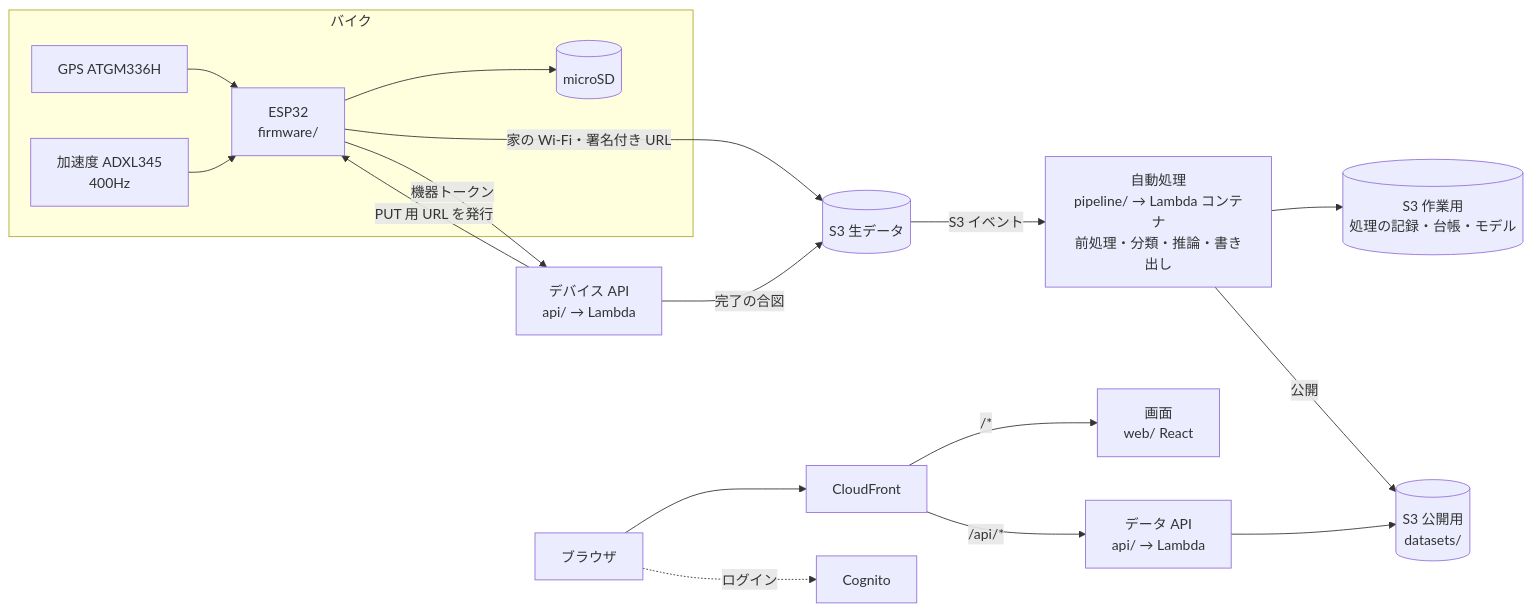
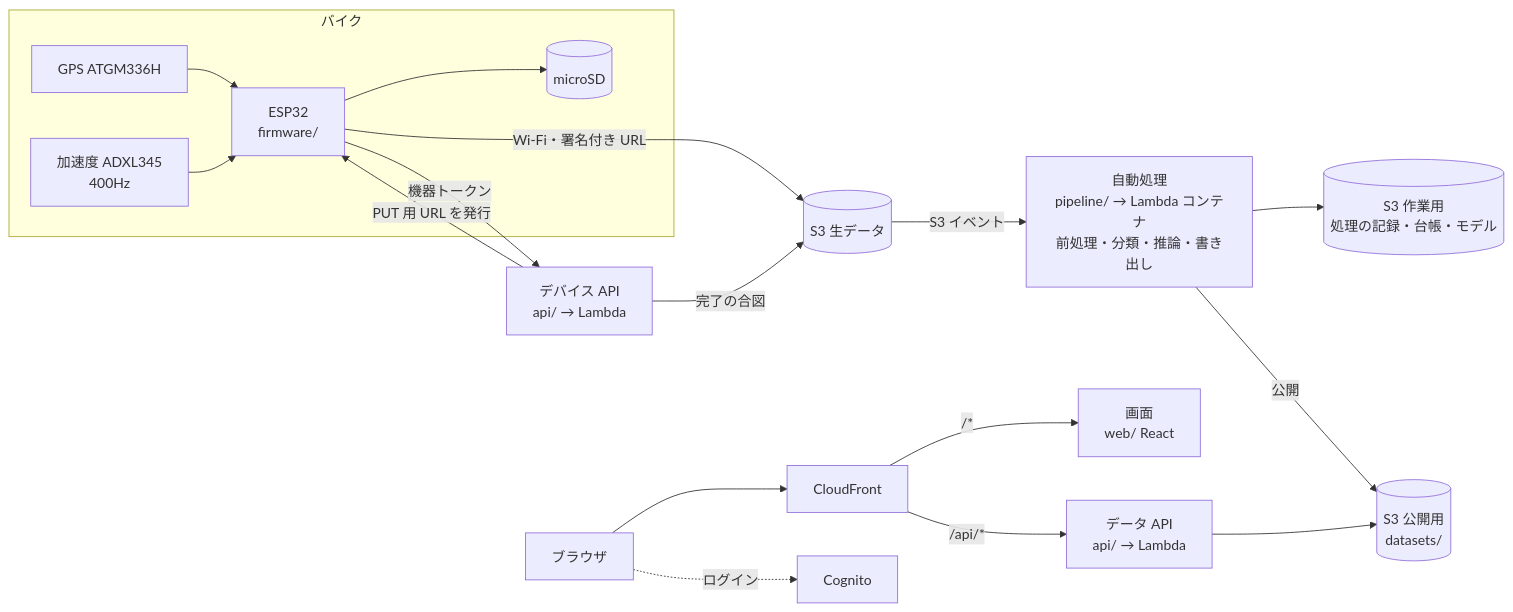
One commit to abeouga/drive-logger changed the diagram in README.md. Above: the diagram before and after it, drawn with Mermaid. The commit also changed other lines of this file and 17 other files, not shown here.

````diff
--- a/README.md
+++ b/README.md
@@ -9,23 +9,23 @@
 ```mermaid
 flowchart LR
     subgraph bike[バイク]
         GPS[GPS ATGM336H] --> ESP[ESP32<br/>firmware/]
         ACC[加速度 ADXL345<br/>400Hz] --> ESP
         ESP --> SD[(microSD)]
     end
 
-    ESP -->|家の Wi-Fi・署名付き URL| RAW[(S3 生データ)]
+    ESP -->|Wi-Fi・署名付き URL| RAW[(S3 生データ)]
     ESP -->|機器トークン| DEV[デバイス API<br/>api/ → Lambda]
     DEV -->|PUT 用 URL を発行| ESP
     DEV -->|完了の合図| RAW
 
     RAW -->|S3 イベント| PIPE[自動処理<br/>pipeline/ → Lambda コンテナ<br/>前処理・分類・推論・書き出し]
     PIPE --> WORK[(S3 作業用<br/>処理の記録・台帳・モデル)]
     PIPE -->|公開| APPDATA[(S3 公開用<br/>datasets/)]
 
     USER[ブラウザ] --> CF[CloudFront]
     CF -->|/*| WEB[画面<br/>web/ React]
     CF -->|/api/*| API[データ API<br/>api/ → Lambda]
     API --> APPDATA
     USER -.ログイン.-> COG[Cognito]
 ```
````
